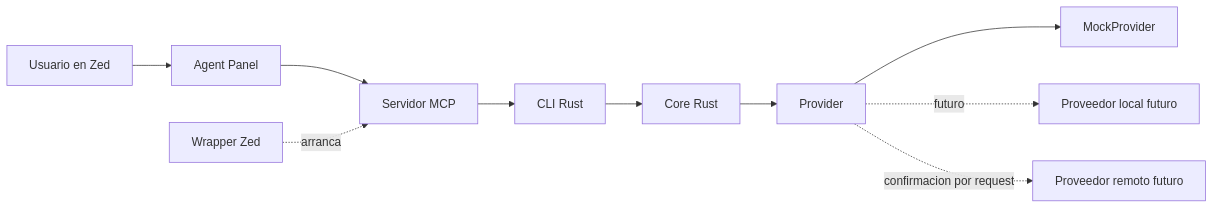
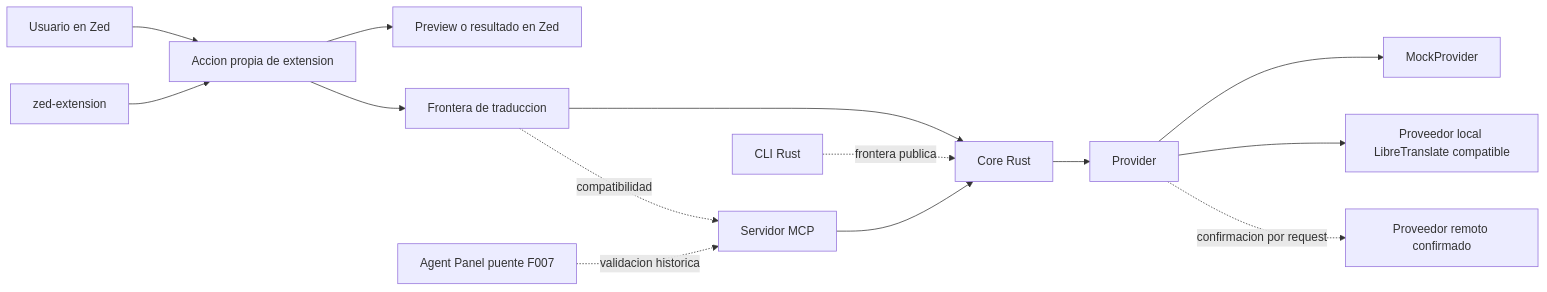
Before and after one commit to Theos48/zed-en-es-translator: the first of 6 diagrams in docs/diagrams.md, drawn with Mermaid. The commit also changed other lines of this file and 11 other files, not shown here.

Commit message:
Clarify Zed extension roadmap

````diff
--- a/docs/diagrams.md
+++ b/docs/diagrams.md
@@ -8,23 +10,30 @@
 ```mermaid
 flowchart LR
     user[Usuario en Zed]
-    agent[Agent Panel]
-    wrapper[Wrapper Zed]
+    action[Accion propia de extension]
+    preview[Preview o resultado en Zed]
+    extension[zed-extension]
+    boundary[Frontera de traduccion]
     mcp[Servidor MCP]
     cli[CLI Rust]
     core[Core Rust]
     provider[Provider]
     mock[MockProvider]
-    local[Proveedor local futuro]
-    remote[Proveedor remoto futuro]
+    local[Proveedor local LibreTranslate compatible]
+    remote[Proveedor remoto confirmado]
+    agent[Agent Panel puente F007]
 
-    user --> agent
-    agent --> mcp
-    wrapper -. arranca .-> mcp
-    mcp --> cli
-    cli --> core
+    user --> action
+    action --> preview
+    extension --> action
+    action --> boundary
+    boundary --> core
+    boundary -. compatibilidad .-> mcp
+    cli -. frontera publica .-> core
+    mcp --> core
     core --> provider
     provider --> mock
-    provider -. futuro .-> local
+    provider --> local
     provider -. confirmacion por request .-> remote
+    agent -. validacion historica .-> mcp
 ```
````
